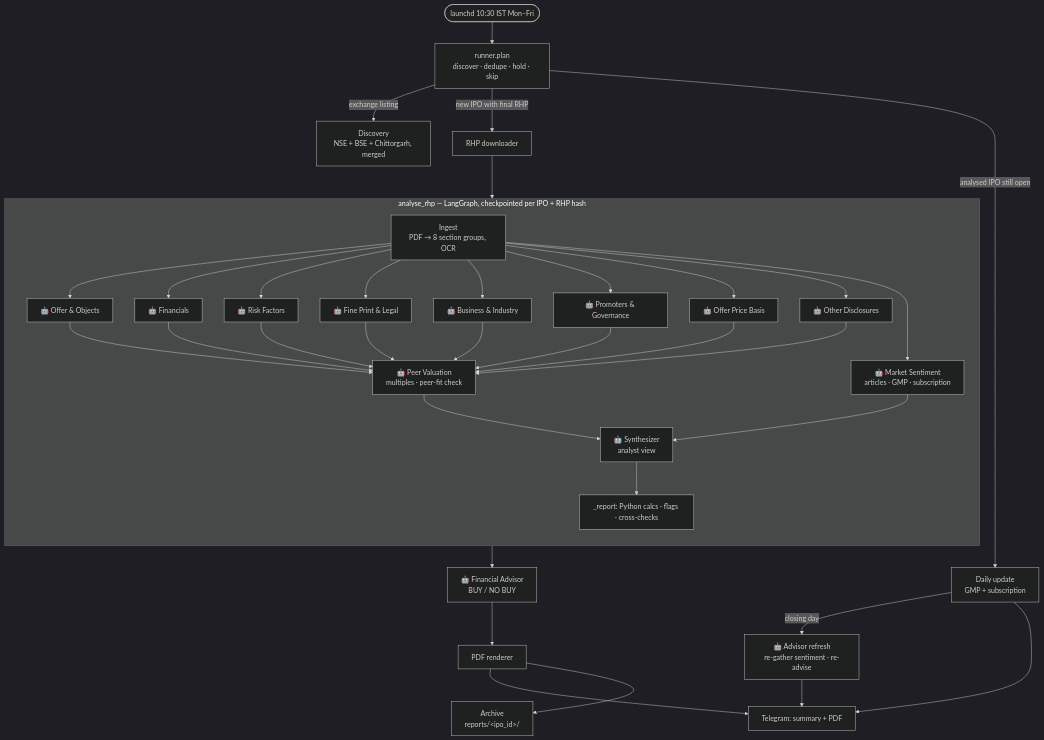
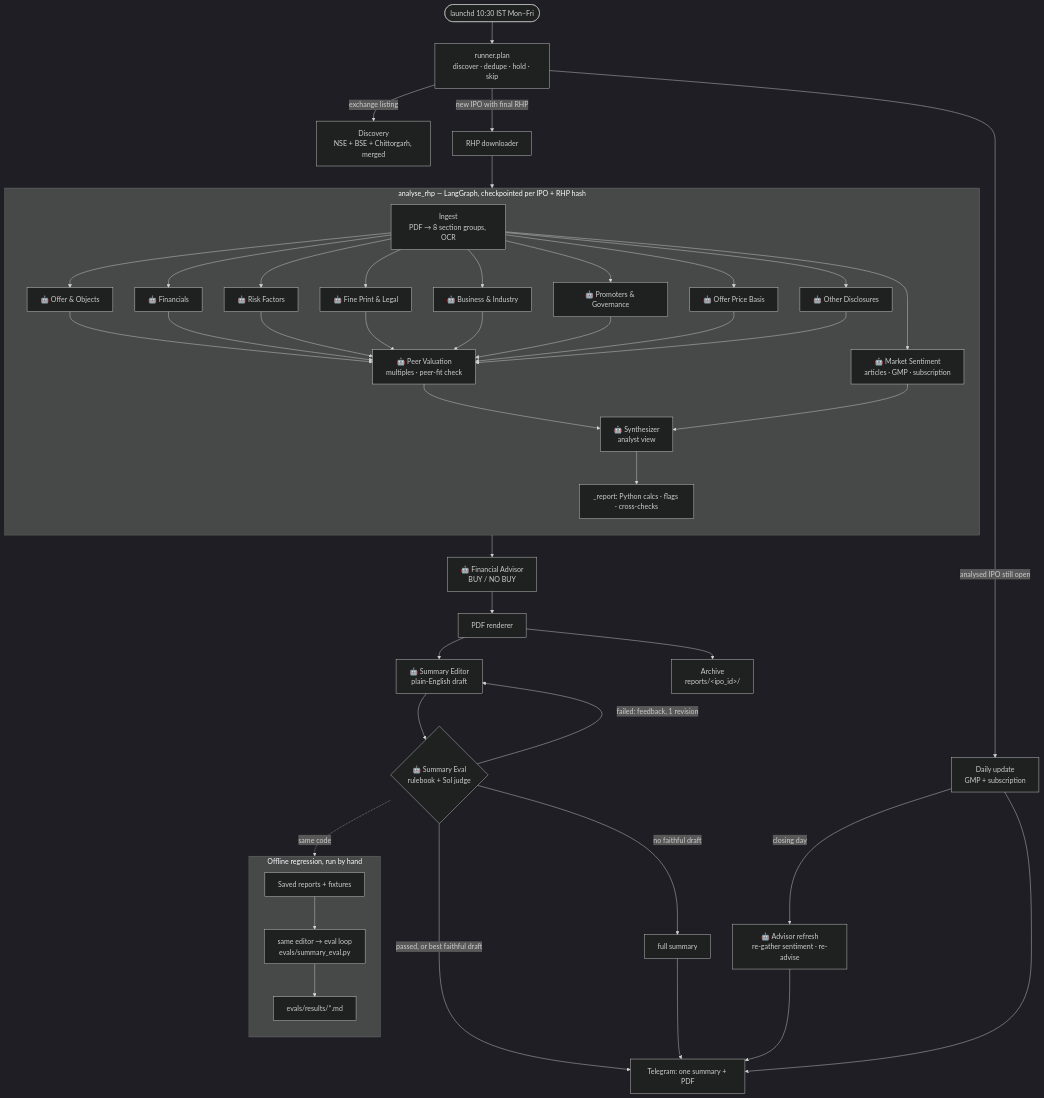
One commit to RohitTheTechGuy/ipo-analyst-agents changed the first of 2 diagrams in docs/agents.md. Above: the diagram before and after it, drawn with Mermaid (dark theme). The commit also changed other lines of this file and 20 other files, not shown here.

First line of the commit message:
Plain-English Telegram summary, evaluated before sending; README

````diff
--- a/docs/agents.md
+++ b/docs/agents.md
@@ -11,34 +11,45 @@
 ```mermaid
 flowchart TD
     CRON([launchd 10:30 IST Mon–Fri]) --> PLAN[runner.plan<br/>discover · dedupe · hold · skip]
     PLAN -->|exchange listing| DISC[Discovery<br/>NSE + BSE + Chittorgarh, merged]
     PLAN -->|new IPO with final RHP| DL[RHP downloader]
     DL --> G
 
     subgraph G [analyse_rhp — LangGraph, checkpointed per IPO + RHP hash]
         direction TB
         ING[Ingest<br/>PDF → 8 section groups, OCR] --> S1 & S2 & S3 & S4 & S5 & S6 & S7 & S8 & SENT
         S1[🤖 Offer & Objects]
         S2[🤖 Financials]
         S3[🤖 Risk Factors]
         S4[🤖 Fine Print & Legal]
         S5[🤖 Business & Industry]
         S6[🤖 Promoters & Governance]
         S7[🤖 Offer Price Basis]
         S8[🤖 Other Disclosures]
         SENT[🤖 Market Sentiment<br/>articles · GMP · subscription]
         S1 & S2 & S3 & S4 & S5 & S6 & S7 & S8 --> VAL[🤖 Peer Valuation<br/>multiples · peer-fit check]
         VAL & SENT --> SYN[🤖 Synthesizer<br/>analyst view]
         SYN --> REP[_report: Python calcs · flags · cross-checks]
     end
 
     REP --> ADV[🤖 Financial Advisor<br/>BUY / NO BUY]
     ADV --> PDF[PDF renderer]
-    PDF --> TG[Telegram: summary + PDF]
+    PDF --> ED[🤖 Summary Editor<br/>plain-English draft]
+    ED --> EV{🤖 Summary Eval<br/>rulebook + Sol judge}
+    EV -->|failed: feedback, 1 revision| ED
+    EV -->|passed, or best faithful draft| TG[Telegram: one summary + PDF]
+    EV -->|no faithful draft| FULL[full summary] --> TG
     PDF --> ARC[Archive<br/>reports/&lt;ipo_id&gt;/]
 
     PLAN -->|analysed IPO still open| UPD[Daily update<br/>GMP + subscription]
     UPD -->|closing day| ADV2[🤖 Advisor refresh<br/>re-gather sentiment · re-advise]
     ADV2 --> TG
     UPD --> TG
+
+    subgraph OFF [Offline regression, run by hand]
+        direction TB
+        CASES[Saved reports + fixtures] --> LOOP[same editor → eval loop<br/>evals/summary_eval.py]
+        LOOP --> RES[evals/results/*.md]
+    end
+    EV -.->|same code| LOOP
 ```
````
